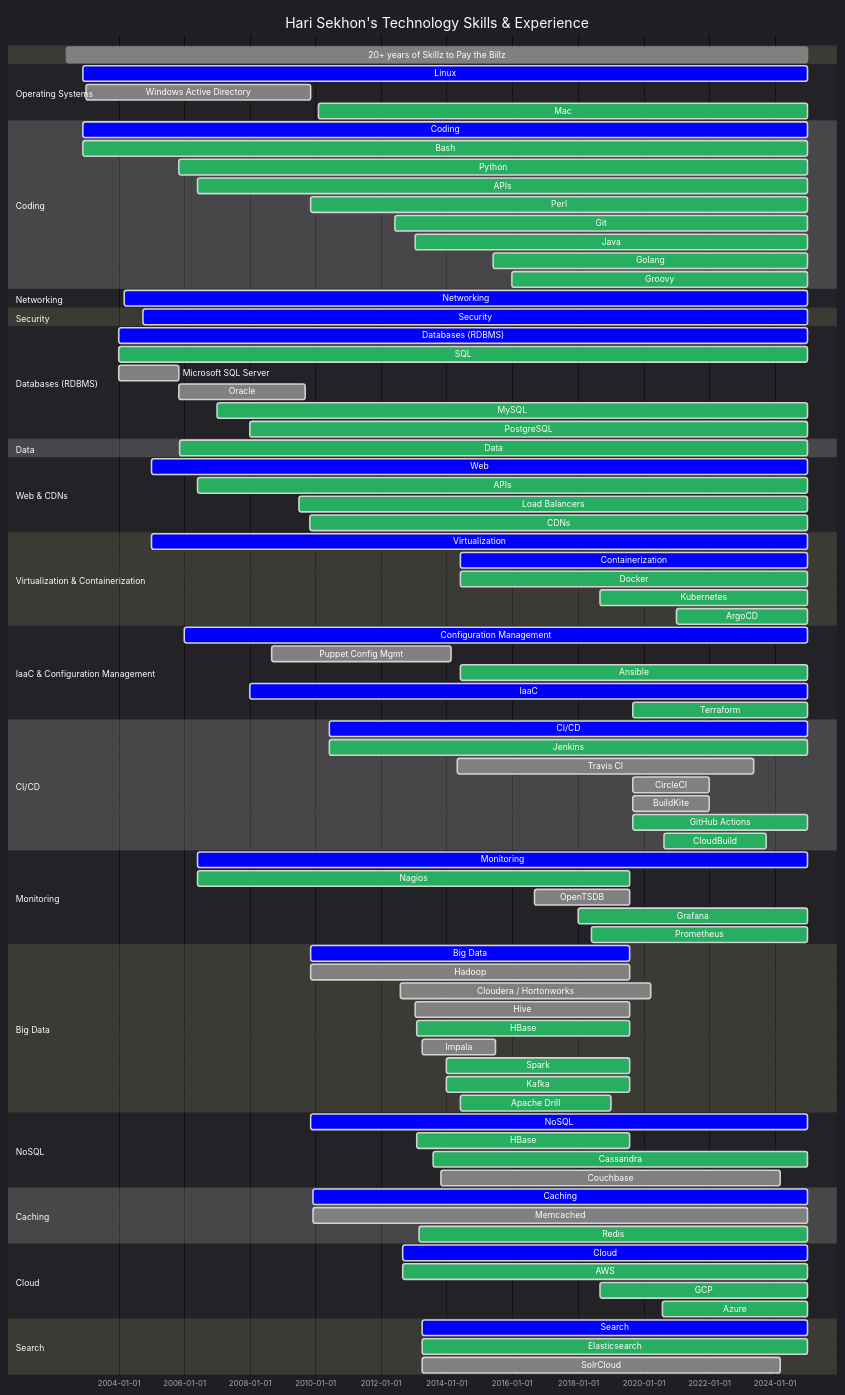
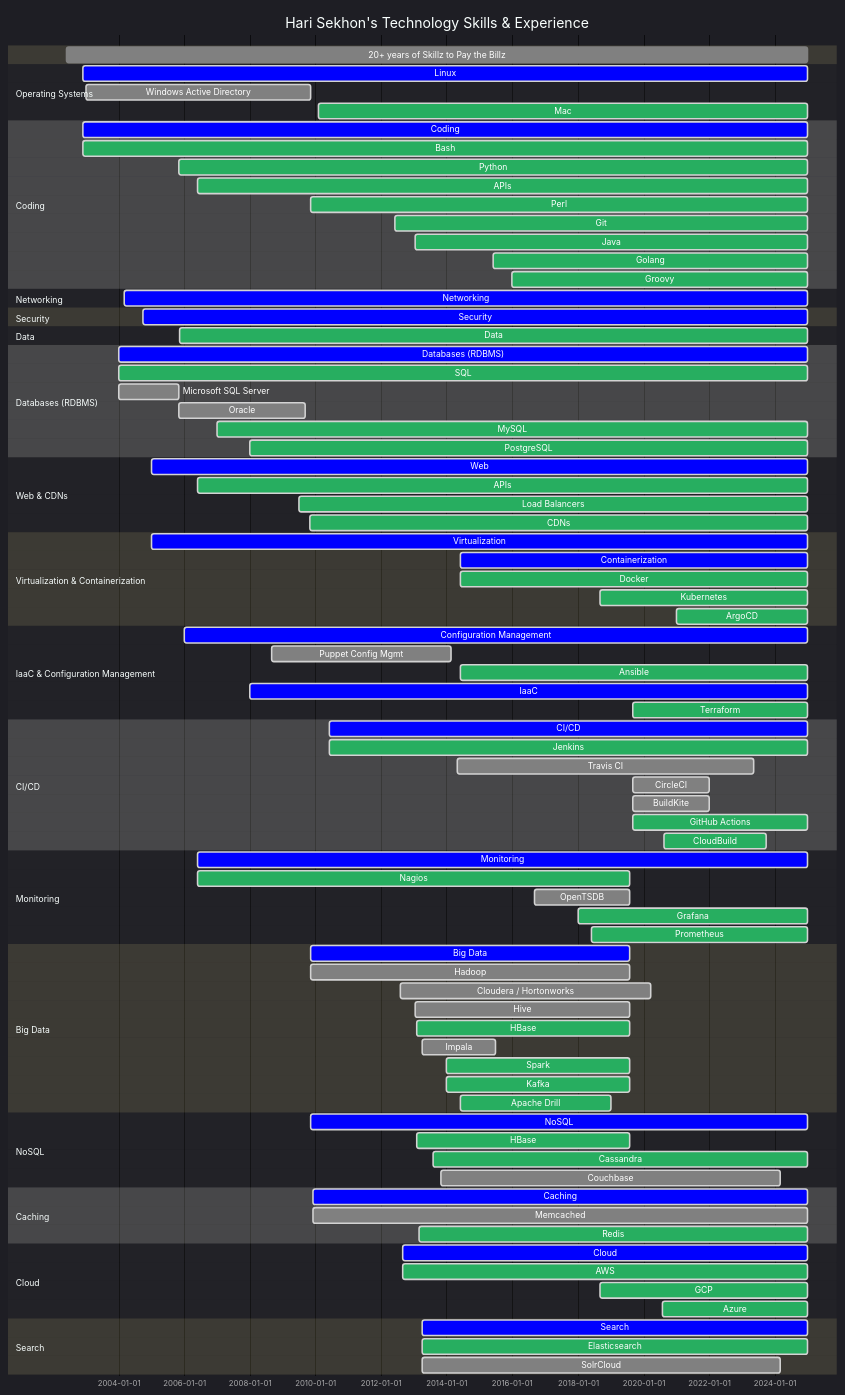
One commit to HariSekhon/HariSekhon changed the diagram in README.md. Above: the diagram before and after it, drawn with Mermaid. The commit also changed other lines of this file, not shown here.

```diff
--- a/README.md
+++ b/README.md
@@ -363,6 +363,11 @@
     %%Kerberos               : active, 2006-06-01, 2024-12-31
     %%LDAP                   : active, 2006-06-01, 2024-12-31
 
+    section Data
+    Data                   : active, 2005-11-11, 2024-12-31
+    %%Data Validation        : done, 2006-06-01, 2024-12-31
+    %%Data Science           : done, 2013-01-18, 2024-12-31
+
     section Databases (RDBMS)
     Databases (RDBMS)      : crit, 2004-01-01, 2024-12-31
     SQL                    : active, 2004-01-01, 2024-12-31
@@ -370,11 +375,6 @@
     Oracle                 : done, 2005-11-01, 2009-09-10
     MySQL                  : active, 2007-01-01, 2024-12-31
     PostgreSQL             : active, 2008-01-01, 2024-12-31
-
-    section Data
-    Data                   : active, 2005-11-11, 2024-12-31
-    %%Data Validation        : done, 2006-06-01, 2024-12-31
-    %%Data Science           : done, 2013-01-18, 2024-12-31
 
     section Web & CDNs
     Web                    : crit, 2005-01-01, 2024-12-31
```
